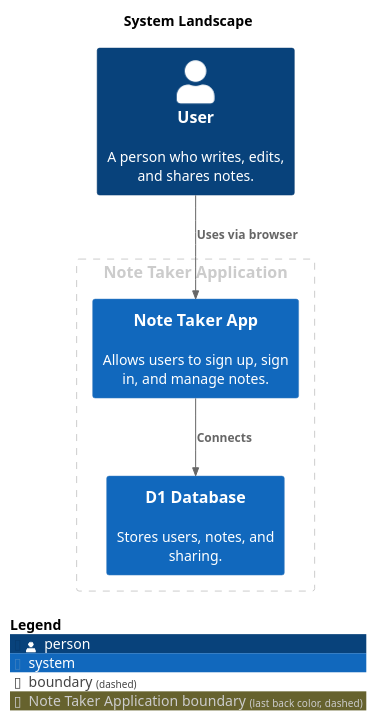
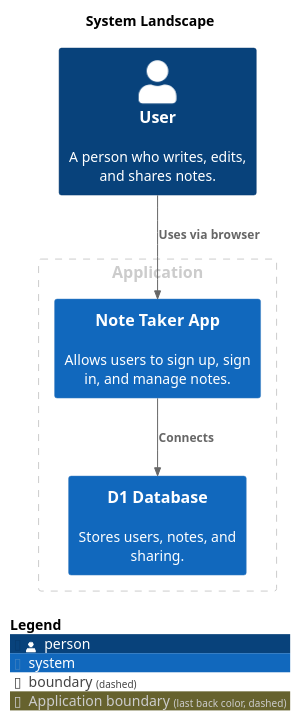
Before and after one commit to vukhanhtruong/note-taker: the diagram in master/puml/SystemLandscape.puml, drawn with PlantUML. The commit also changed 12 other files, not shown here.

```diff
--- a/master/puml/SystemLandscape.puml
+++ b/master/puml/SystemLandscape.puml
@@ -1,22 +1,22 @@
 @startuml
 set separator none
 title System Landscape
 
 top to bottom direction
 
 !include <C4/C4>
 !include <C4/C4_Context>
 
-AddBoundaryTag("Note Taker Application", $borderColor="#cccccc", $fontColor="#cccccc", $borderStyle="dashed")
-Boundary(group_1, "Note Taker Application", $tags="Note Taker Application") {
+AddBoundaryTag("Application", $borderColor="#cccccc", $fontColor="#cccccc", $borderStyle="dashed")
+Boundary(group_1, "Application", $tags="Application") {
   System(D1Database, "D1 Database", $descr="Stores users, notes, and sharing.", $tags="", $link="")
   System(NoteTakerApp, "Note Taker App", $descr="Allows users to sign up, sign in, and manage notes.", $tags="", $link="")
 }
 
 Person(User, "User", $descr="A person who writes, edits, and shares notes.", $tags="", $link="")
 
 Rel(User, NoteTakerApp, "Uses via browser", $techn="", $tags="", $link="")
 Rel(NoteTakerApp, D1Database, "Connects", $techn="", $tags="", $link="")
 
 SHOW_LEGEND(true)
 @enduml
```
